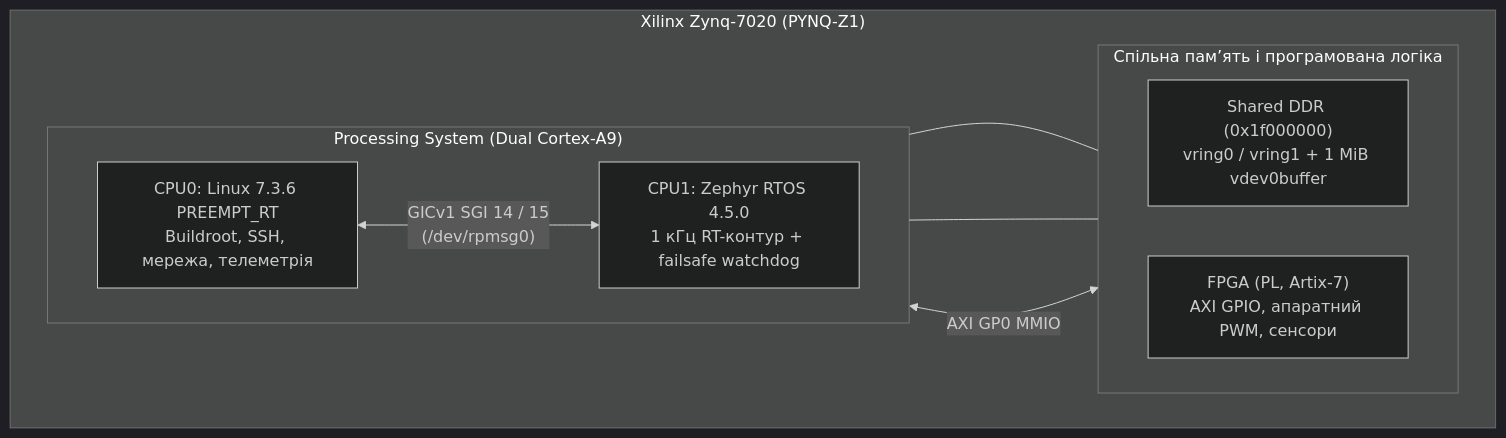
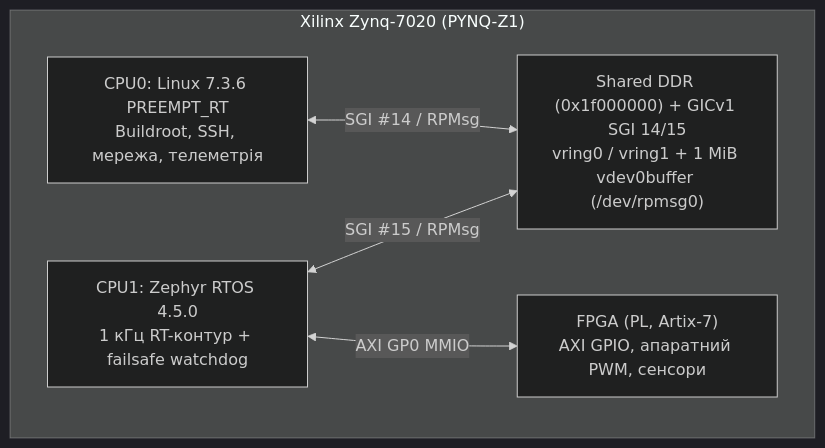
One commit to nick-fedchik/articles changed the first of 5 diagrams in DOU/DOU-Zephyr-RTOS-on-PYNQ-Z1-AMP-OpenAMP-Part2-UA.md. Above: the diagram before and after it, drawn with Mermaid (dark theme).

Commit message:
Fix Diagram 1 Dagre ranking so CPU0 and CPU1 render horizontally side by side

````diff
--- a/DOU/DOU-Zephyr-RTOS-on-PYNQ-Z1-AMP-OpenAMP-Part2-UA.md
+++ b/DOU/DOU-Zephyr-RTOS-on-PYNQ-Z1-AMP-OpenAMP-Part2-UA.md
@@ -22,21 +22,13 @@
 ```mermaid
 flowchart TB
     subgraph Zynq7020["Xilinx Zynq-7020 (PYNQ-Z1)"]
-        subgraph PS["Processing System (Dual Cortex-A9)"]
-            direction LR
-            CPU0["CPU0: Linux 7.3.6 PREEMPT_RT<br/>Buildroot, SSH, мережа, телеметрія"]
-            CPU1["CPU1: Zephyr RTOS 4.5.0<br/>1 кГц RT-контур + failsafe watchdog"]
-            CPU0 <-->|"GICv1 SGI 14 / 15<br/>(/dev/rpmsg0)"| CPU1
-        end
+        CPU0["CPU0: Linux 7.3.6 PREEMPT_RT<br/>Buildroot, SSH, мережа, телеметрія"]
+        CPU1["CPU1: Zephyr RTOS 4.5.0<br/>1 кГц RT-контур + failsafe watchdog"]
+        IPC["Shared DDR (0x1f000000) + GICv1 SGI 14/15<br/>vring0 / vring1 + 1 MiB vdev0buffer (/dev/rpmsg0)"]
+        PL["FPGA (PL, Artix-7)<br/>AXI GPIO, апаратний PWM, сенсори"]
 
-        subgraph HW["Спільна пам’ять і програмована логіка"]
-            direction LR
-            SHM["Shared DDR (0x1f000000)<br/>vring0 / vring1 + 1 MiB vdev0buffer"]
-            PL["FPGA (PL, Artix-7)<br/>AXI GPIO, апаратний PWM, сенсори"]
-        end
-
-        CPU0 --- SHM
-        CPU1 --- SHM
+        CPU0 <-->|"SGI #14 / RPMsg"| IPC
+        CPU1 <-->|"SGI #15 / RPMsg"| IPC
         CPU1 <-->|"AXI GP0 MMIO"| PL
     end
 ```
````
